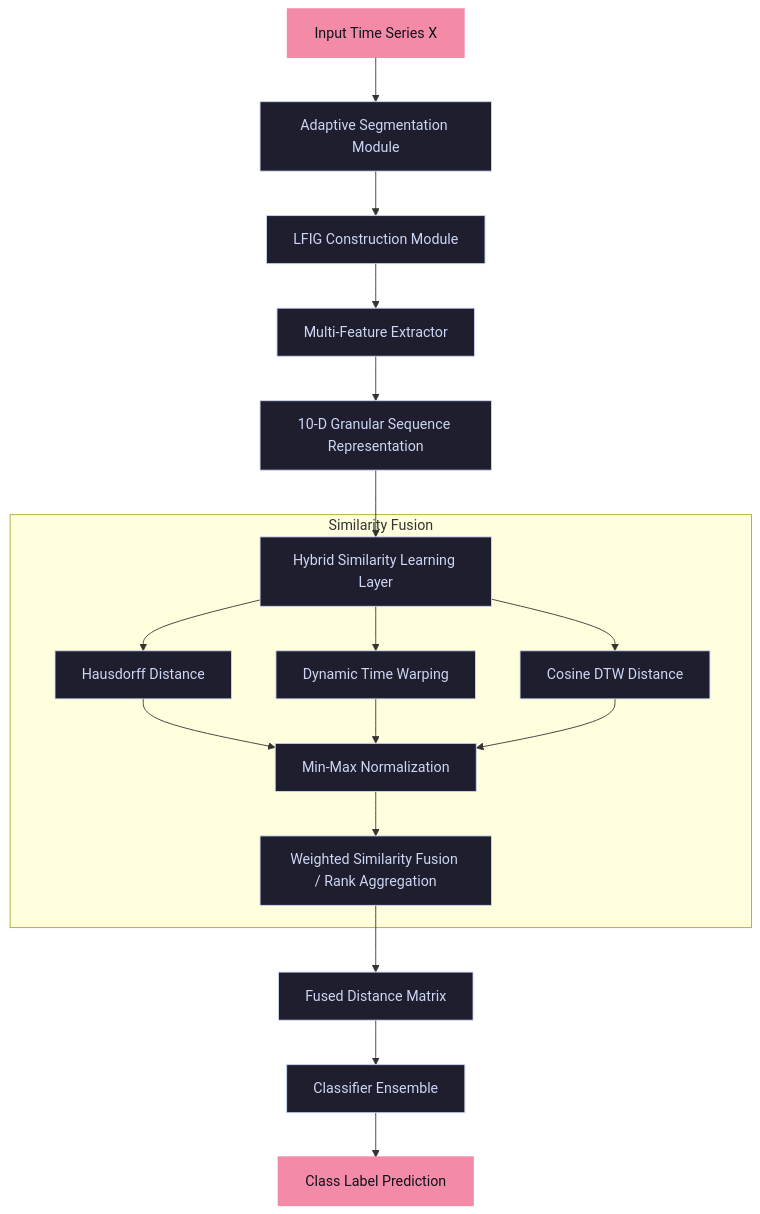
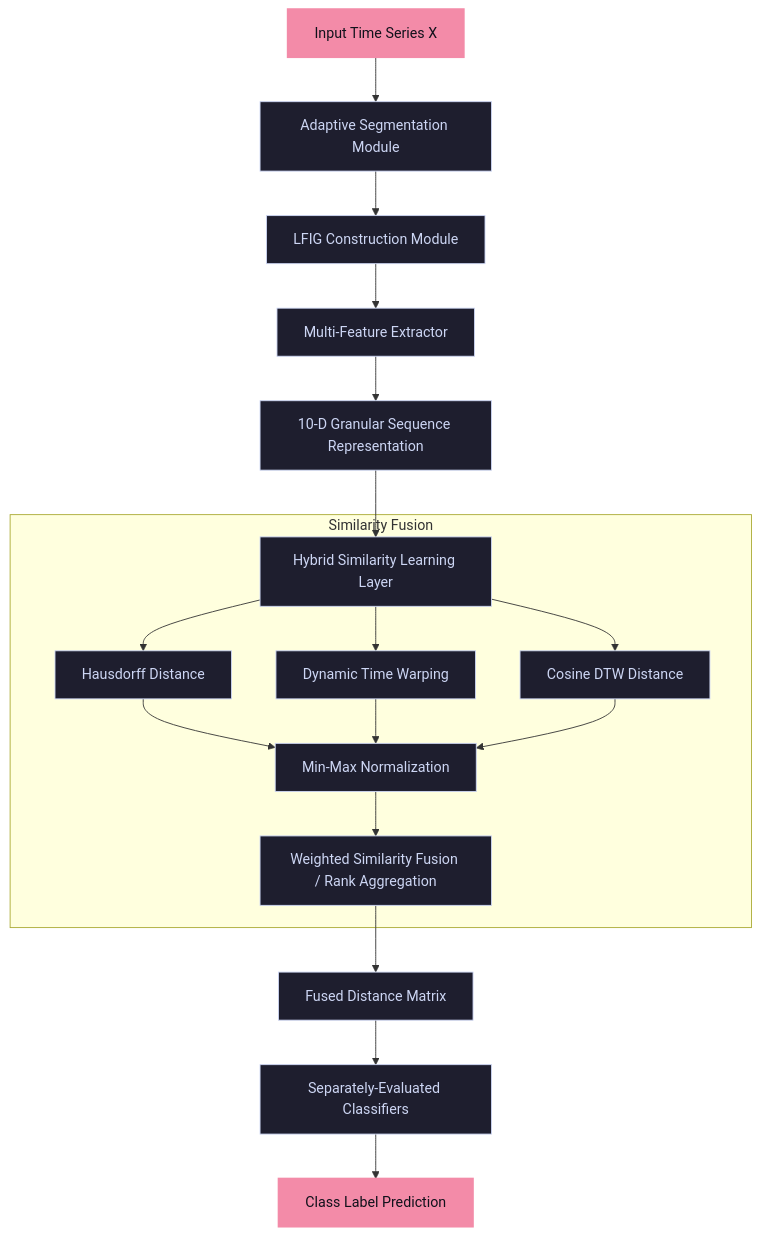
The diagram in methodology_design.md (adarsh912/RP-BestA), drawn with Mermaid before and after one commit. The commit also changed 31 other files, not shown here.

````diff
--- a/methodology_design.md
+++ b/methodology_design.md
@@ -11,28 +11,28 @@
 ```mermaid
 graph TD
     %% Nodes
     Raw[Input Time Series X] --> Seg[Adaptive Segmentation Module]
     Seg --> LFIG[LFIG Construction Module]
     LFIG --> Feat[Multi-Feature Extractor]
     Feat --> Rep[10-D Granular Sequence Representation]
     Rep --> Sim[Hybrid Similarity Learning Layer]
     
     subgraph Similarity Fusion
         Sim --> Hausdorff[Hausdorff Distance]
         Sim --> DTW[Dynamic Time Warping]
         Sim --> Cosine[Cosine DTW Distance]
         Hausdorff --> Norm[Min-Max Normalization]
         DTW --> Norm
         Cosine --> Norm
         Norm --> Fuse[Weighted Similarity Fusion / Rank Aggregation]
     end
     
     Fuse --> Dist[Fused Distance Matrix]
-    Dist --> Classifier[Classifier Ensemble]
+    Dist --> Classifier[Separately-Evaluated Classifiers]
     Classifier --> Output[Class Label Prediction]
     
     %% Styling
     classDef default fill:#1e1e2e,stroke:#cdd6f4,stroke-width:1px,color:#cdd6f4;
     classDef highlight fill:#f38ba8,stroke:#f38ba8,stroke-width:2px,color:#11111b;
     class Raw,Output highlight;
 ```
````
